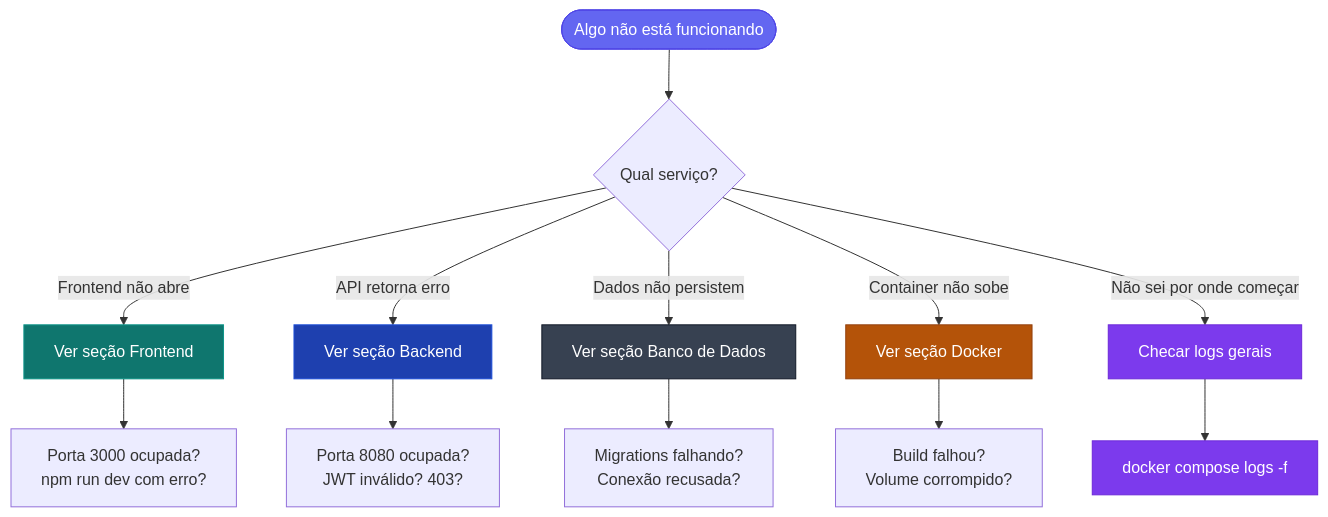
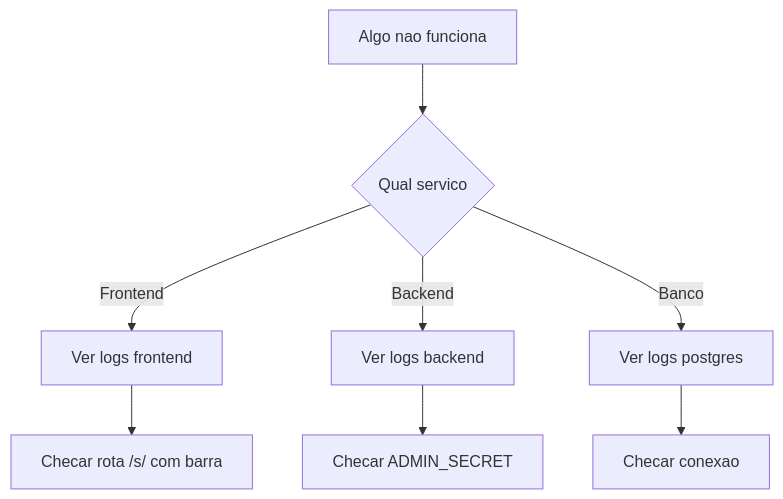
One commit to nataliarosa88/marketplace-de-prompts changed the ninth of 10 diagrams in README.md. Above: the diagram before and after it, drawn with Mermaid. The commit also changed other lines of this file and 31 other files, not shown here.

First line of the commit message:
Remove auth flow and switch admin to secret URL.

````diff
--- a/README.md
+++ b/README.md
@@ -511,25 +402,10 @@
 ```mermaid
 flowchart TD
-    START([Algo não está funcionando]) --> A{Qual serviço?}
-
-    A -->|Frontend não abre| FE[Ver seção Frontend]
-    A -->|API retorna erro| BE[Ver seção Backend]
-    A -->|Dados não persistem| DB[Ver seção Banco de Dados]
-    A -->|Container não sobe| DC[Ver seção Docker]
-    A -->|Não sei por onde começar| LOG[Checar logs gerais]
-
-    LOG --> LOGCMD[docker compose logs -f]
-
-    FE --> R1[Porta 3000 ocupada?\nnpm run dev com erro?]
-    BE --> R2[Porta 8080 ocupada?\nJWT inválido? 403?]
-    DB --> R3[Migrations falhando?\nConexão recusada?]
-    DC --> R4[Build falhou?\nVolume corrompido?]
-
-    style START fill:#6366f1,color:#fff,stroke:#4f46e5
-    style FE fill:#0f766e,color:#fff,stroke:#0d9488
-    style BE fill:#1e40af,color:#fff,stroke:#1d4ed8
-    style DB fill:#374151,color:#fff,stroke:#111827
-    style DC fill:#b45309,color:#fff,stroke:#92400e
-    style LOG fill:#7c3aed,color:#fff,stroke:#6d28d9
-    style LOGCMD fill:#7c3aed,color:#fff,stroke:#6d28d9
+    Start[Algo nao funciona] --> A{Qual servico}
+    A -->|Frontend| FE[Ver logs frontend]
+    A -->|Backend| BE[Ver logs backend]
+    A -->|Banco| DB[Ver logs postgres]
+    FE --> X1[Checar rota /s/ com barra]
+    BE --> X2[Checar ADMIN_SECRET]
+    DB --> X3[Checar conexao]
 ```
````
